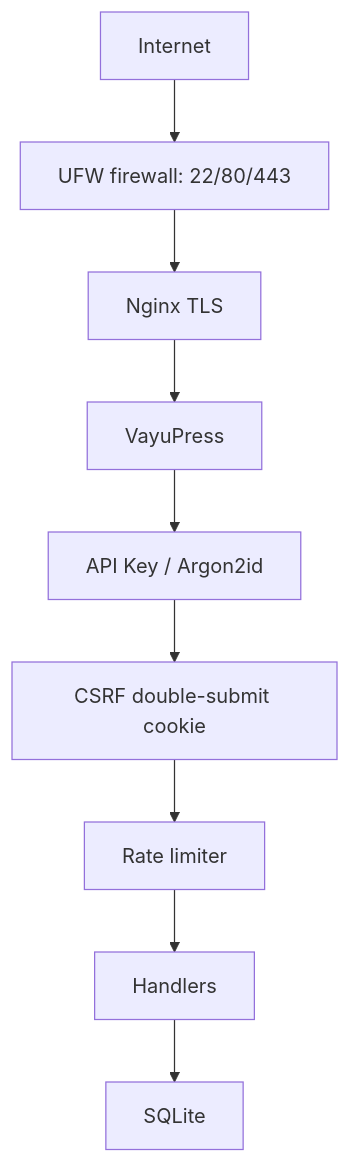
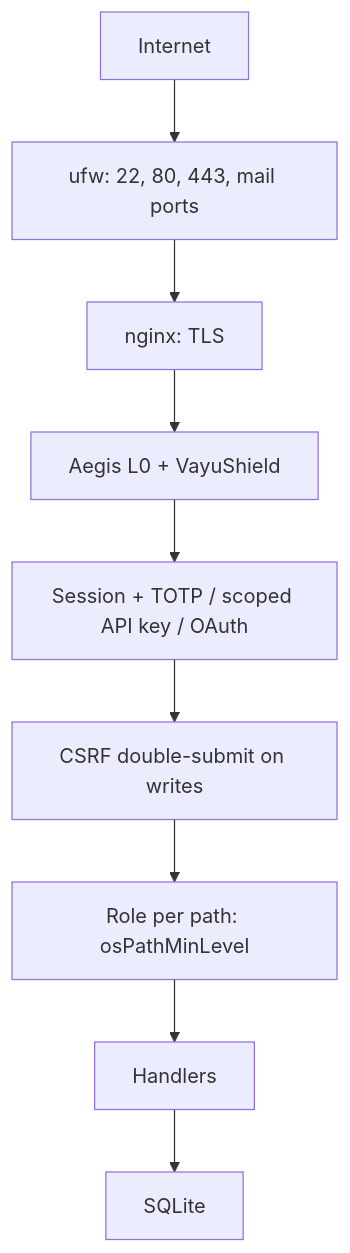
Before and after one commit to johalputt/VayuPress: the third of 3 diagrams in docs/ARCHITECTURE.md, drawn with Mermaid. The commit also changed other lines of this file, not shown here.

First line of the commit message:
Docs: ARCHITECTURE.md rebuilt from the code

````diff
--- a/docs/ARCHITECTURE.md
+++ b/docs/ARCHITECTURE.md
@@ -84,11 +175,11 @@
 ```mermaid
 graph TD
-    Internet --> UFW[UFW firewall: 22/80/443]
-    UFW --> Nginx[Nginx TLS]
-    Nginx --> VayuPress
-    VayuPress --> Auth[API Key / Argon2id]
-    Auth --> CSRF[CSRF double-submit cookie]
-    CSRF --> RateLimit[Rate limiter]
-    RateLimit --> Handlers
-    Handlers --> SQLite
+    Internet --> UFW[ufw: 22, 80, 443, mail ports]
+    UFW --> Nginx[nginx: TLS]
+    Nginx --> Shield[Aegis L0 + VayuShield]
+    Shield --> Auth[Session + TOTP / scoped API key / OAuth]
+    Auth --> CSRF[CSRF double-submit on writes]
+    CSRF --> Role[Role per path: osPathMinLevel]
+    Role --> Handlers
+    Handlers --> DB[SQLite]
 ```
````
